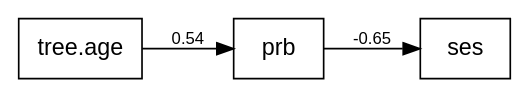
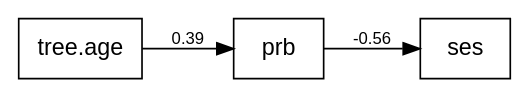
The diagram in projects/lichen_coo/results/sem_coo.dot (MKLau/dissertation), drawn with Graphviz before and after one commit. The commit also changed 19 other files, not shown here.

```diff
--- a/projects/lichen_coo/results/sem_coo.dot
+++ b/projects/lichen_coo/results/sem_coo.dot
@@ -1,9 +1,9 @@
 digraph "sem.fit" {
   rankdir=LR;
   size="12,12";
   node [fontname="Helvetica" fontsize=14 shape=box];
   edge [fontname="Arial" fontsize=10];
   center=1;
-  "tree.age" -> "prb" [label="0.54"];
-  "prb" -> "ses" [label="-0.65"];
+  "tree.age" -> "prb" [label="0.39"];
+  "prb" -> "ses" [label="-0.56"];
 }
```
